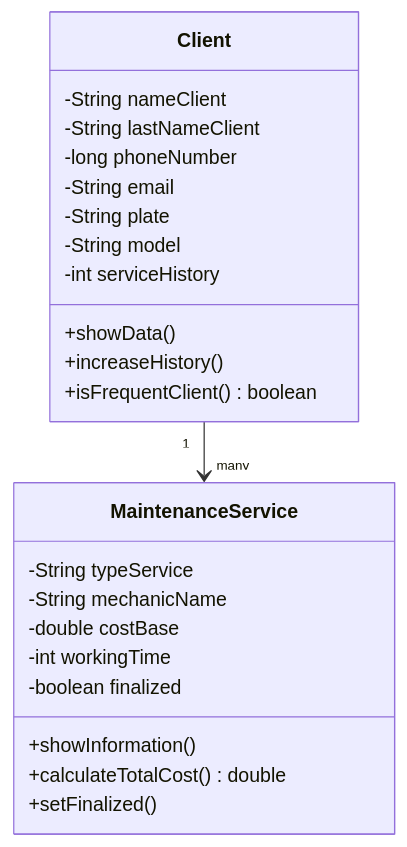
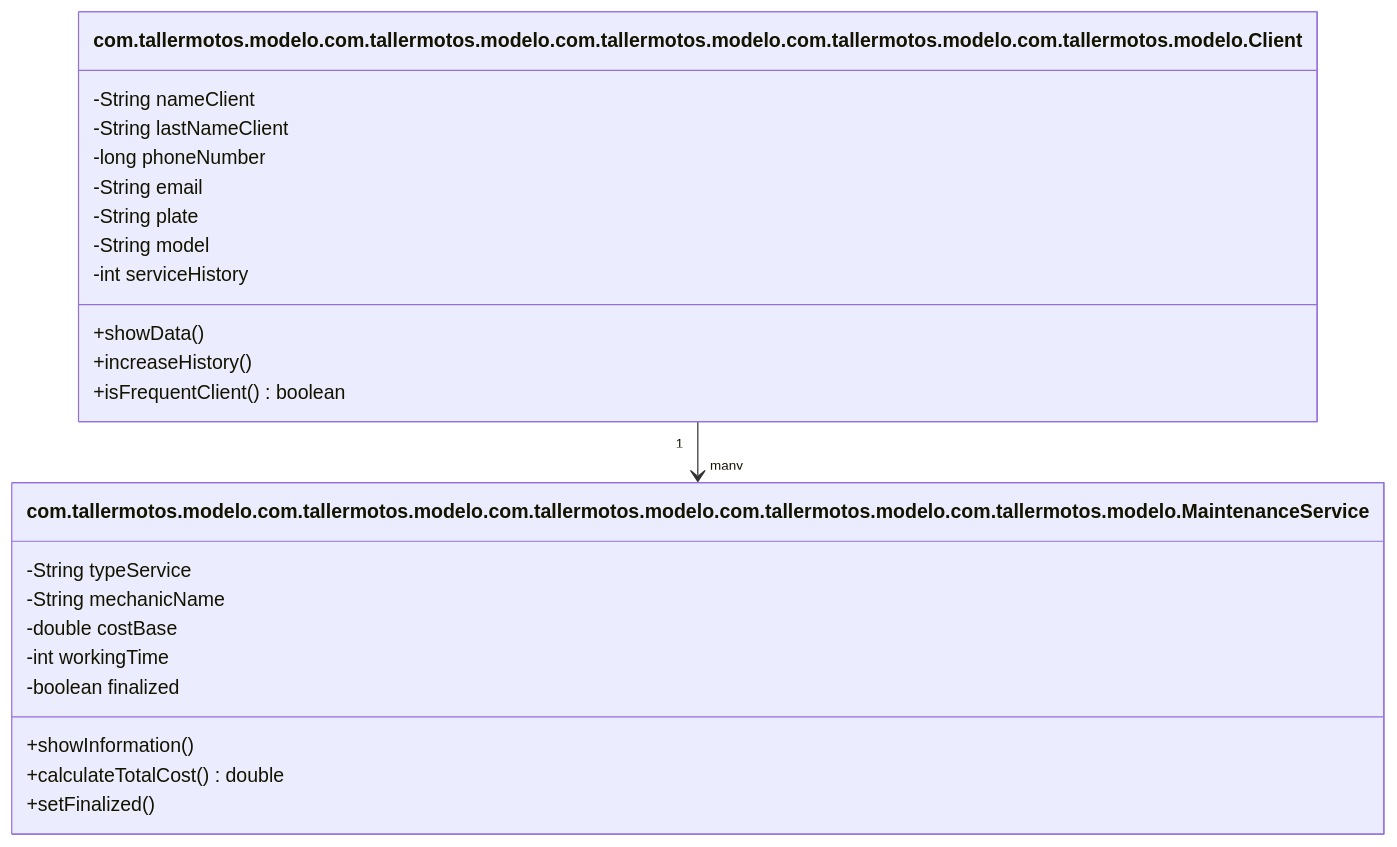
The diagram in semana-01/docs/ANALISIS.md (Fervelop/bc-poo-java-fernando-gutierrez), drawn with Mermaid before and after one commit. The commit also changed other lines of this file and 71 other files, not shown here.

````diff
--- a/semana-01/docs/ANALISIS.md
+++ b/semana-01/docs/ANALISIS.md
@@ -63,28 +63,28 @@
 ```mermaid
 classDiagram
-    class Client {
+    class com.tallermotos.modelo.com.tallermotos.modelo.com.tallermotos.modelo.com.tallermotos.modelo.com.tallermotos.modelo.Client {
         -String nameClient
         -String lastNameClient
         -long phoneNumber
         -String email
         -String plate
         -String model
         -int serviceHistory
         +showData()
         +increaseHistory()
         +isFrequentClient() boolean
     }
 
-    class MaintenanceService {
+    class com.tallermotos.modelo.com.tallermotos.modelo.com.tallermotos.modelo.com.tallermotos.modelo.com.tallermotos.modelo.MaintenanceService {
         -String typeService
         -String mechanicName
         -double costBase
         -int workingTime
         -boolean finalized
         +showInformation()
         +calculateTotalCost() double
         +setFinalized()
     }
 
-Client "1" --> "many" MaintenanceService
+com.tallermotos.modelo.com.tallermotos.modelo.com.tallermotos.modelo.com.tallermotos.modelo.com.tallermotos.modelo.Client "1" --> "many" com.tallermotos.modelo.com.tallermotos.modelo.com.tallermotos.modelo.com.tallermotos.modelo.com.tallermotos.modelo.MaintenanceService
 ``` 
````
